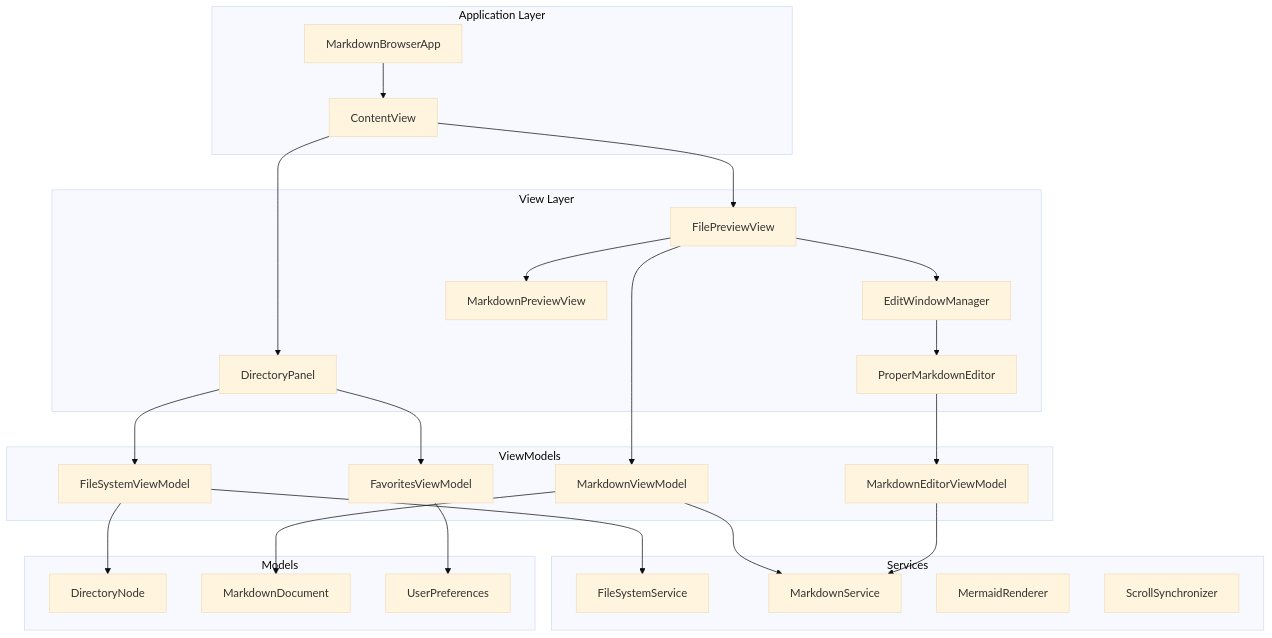
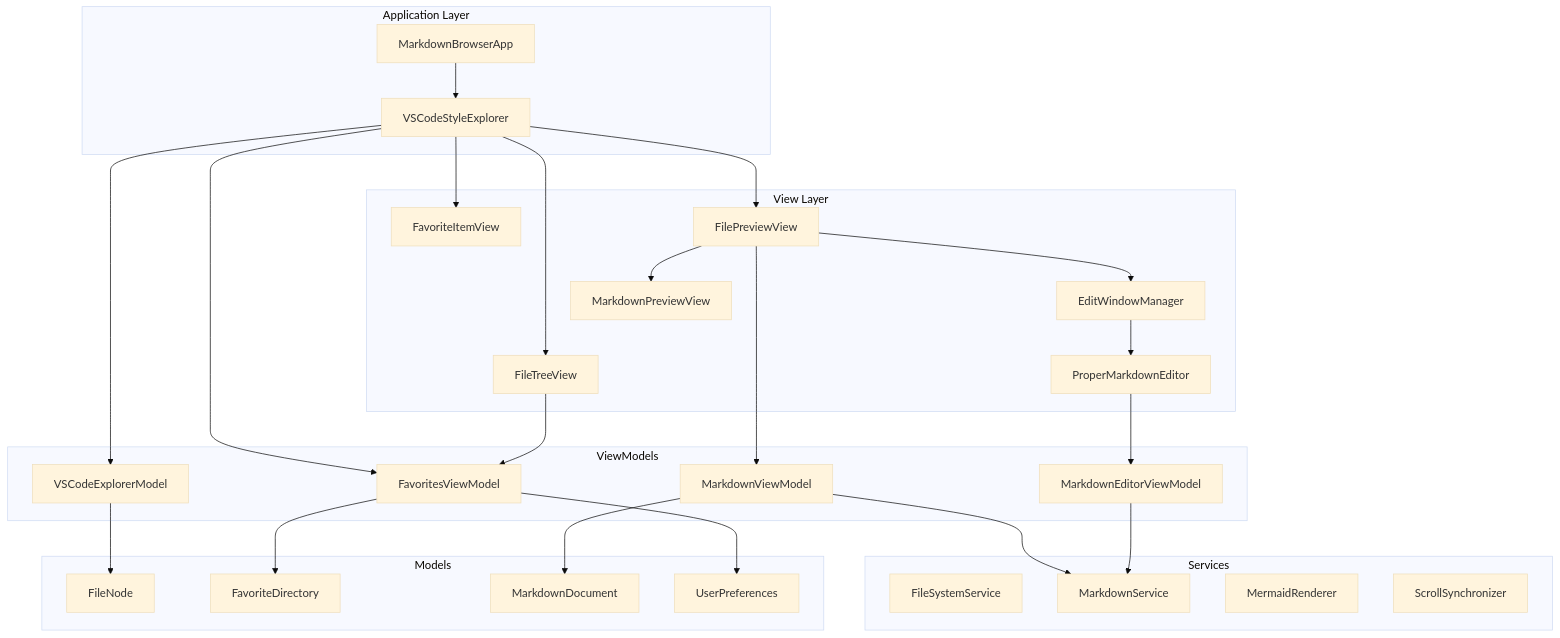
The first of 11 diagrams in docs/development/current-architecture.md (Consortium-team/mac-markdown-browser), drawn with Mermaid (base theme) before and after one commit. The commit also changed other lines of this file and 3 other files, not shown here.

````diff
--- a/docs/development/current-architecture.md
+++ b/docs/development/current-architecture.md
@@ -9,54 +9,58 @@
 ```mermaid
 graph TB
     subgraph "Application Layer"
         App[MarkdownBrowserApp]
-        ContentView[ContentView]
+        VSCodeExplorer[VSCodeStyleExplorer]
     end
     
     subgraph "View Layer"
-        DirectoryPanel[DirectoryPanel]
+        FileTreeView[FileTreeView]
+        FavoriteItemView[FavoriteItemView]
         FilePreviewView[FilePreviewView]
         ProperMarkdownEditor[ProperMarkdownEditor]
         EditWindowManager[EditWindowManager]
         MarkdownPreviewView[MarkdownPreviewView]
     end
     
     subgraph "ViewModels"
-        FileSystemVM[FileSystemViewModel]
+        ExplorerModel[VSCodeExplorerModel]
         FavoritesVM[FavoritesViewModel]
         MarkdownVM[MarkdownViewModel]
         EditorVM[MarkdownEditorViewModel]
     end
     
     subgraph "Services"
         FileSystemService[FileSystemService]
         MarkdownService[MarkdownService]
         MermaidRenderer[MermaidRenderer]
         ScrollSync[ScrollSynchronizer]
     end
     
     subgraph "Models"
-        DirectoryNode[DirectoryNode]
+        FileNode[FileNode]
+        FavoriteDirectory[FavoriteDirectory]
         MarkdownDocument[MarkdownDocument]
         UserPreferences[UserPreferences]
     end
     
-    App --> ContentView
-    ContentView --> DirectoryPanel
-    ContentView --> FilePreviewView
+    App --> VSCodeExplorer
+    VSCodeExplorer --> FileTreeView
+    VSCodeExplorer --> FavoriteItemView
+    VSCodeExplorer --> FilePreviewView
     FilePreviewView --> MarkdownPreviewView
     FilePreviewView --> EditWindowManager
     EditWindowManager --> ProperMarkdownEditor
     
-    DirectoryPanel --> FileSystemVM
-    DirectoryPanel --> FavoritesVM
+    VSCodeExplorer --> ExplorerModel
+    VSCodeExplorer --> FavoritesVM
+    FileTreeView --> FavoritesVM
     FilePreviewView --> MarkdownVM
     ProperMarkdownEditor --> EditorVM
     
-    FileSystemVM --> FileSystemService
-    FileSystemVM --> DirectoryNode
+    ExplorerModel --> FileNode
     FavoritesVM --> UserPreferences
+    FavoritesVM --> FavoriteDirectory
     MarkdownVM --> MarkdownService
     MarkdownVM --> MarkdownDocument
     EditorVM --> MarkdownService
 ```
````
